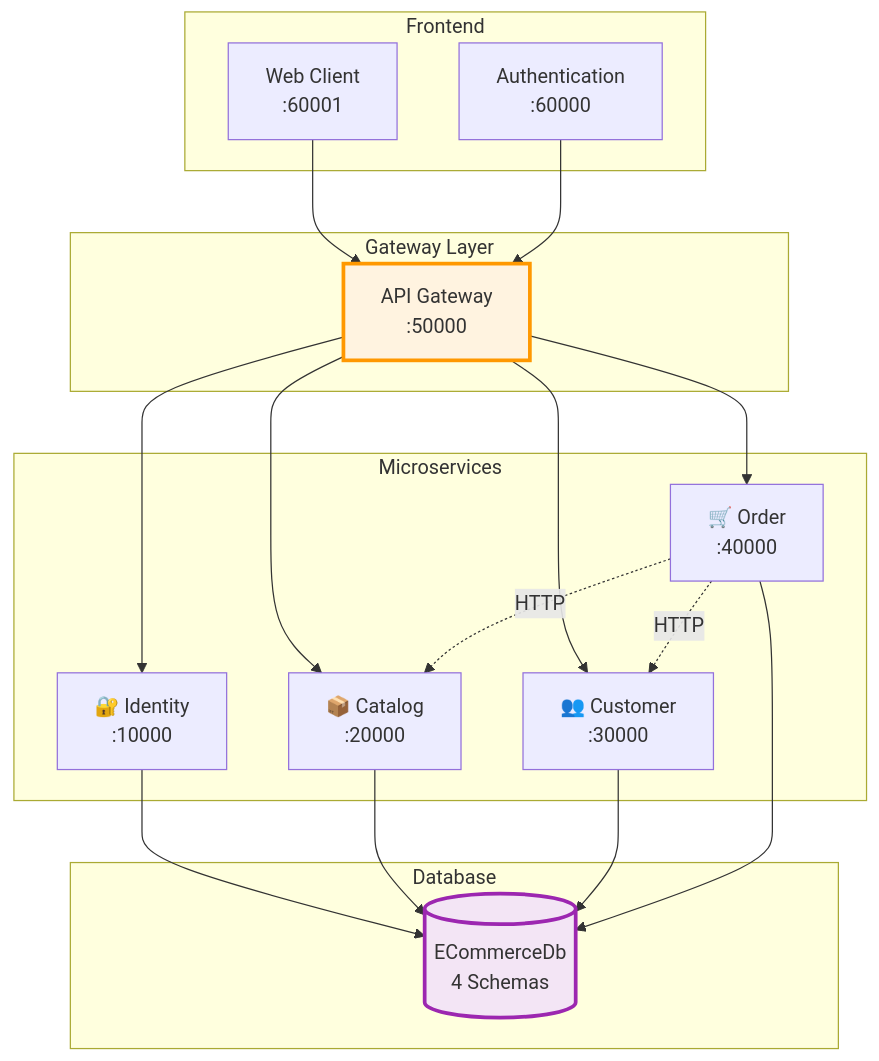
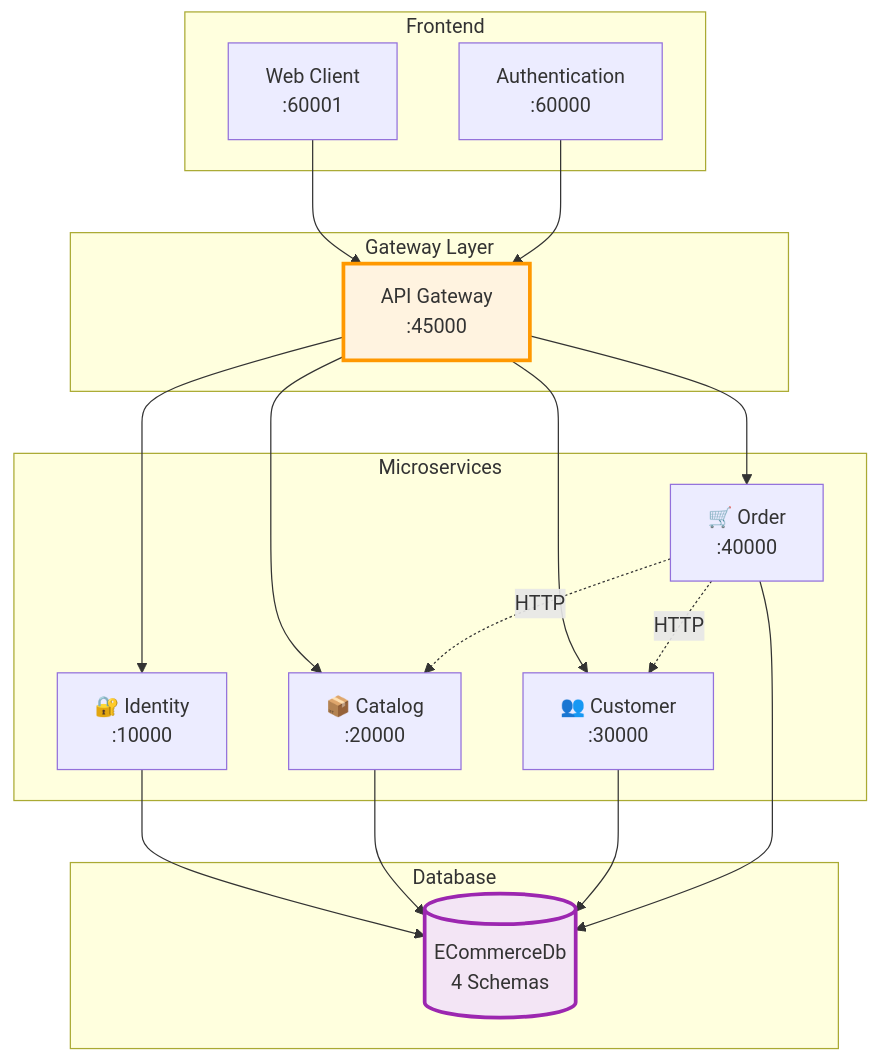
The third of 5 diagrams in VISUAL_QUICK_REFERENCE.md (MiltonMolloja/ECommerceMicroserviceArchitecture), drawn with Mermaid before and after one commit. The commit also changed 6 other files, not shown here.

Commit message:
UpDate API Gateway

````diff
--- a/VISUAL_QUICK_REFERENCE.md
+++ b/VISUAL_QUICK_REFERENCE.md
@@ -48,40 +48,40 @@
 ```mermaid
 graph TB
     subgraph "Frontend"
         WC[Web Client<br/>:60001]
         AUTH[Authentication<br/>:60000]
     end
     
     subgraph "Gateway Layer"
-        GW[API Gateway<br/>:50000]
+        GW[API Gateway<br/>:45000]
     end
     
     subgraph "Microservices"
         I[🔐 Identity<br/>:10000]
         C[📦 Catalog<br/>:20000]
         CU[👥 Customer<br/>:30000]
         O[🛒 Order<br/>:40000]
     end
     
     subgraph "Database"
         DB[(ECommerceDb<br/>4 Schemas)]
     end
     
     WC --> GW
     AUTH --> GW
     GW --> I
     GW --> C
     GW --> CU
     GW --> O
     
     I --> DB
     C --> DB
     CU --> DB
     O --> DB
     
     O -.->|HTTP| C
     O -.->|HTTP| CU
     
     style GW fill:#fff3e0,stroke:#ff9800,stroke-width:3px
     style DB fill:#f3e5f5,stroke:#9c27b0,stroke-width:3px
 ```
````
